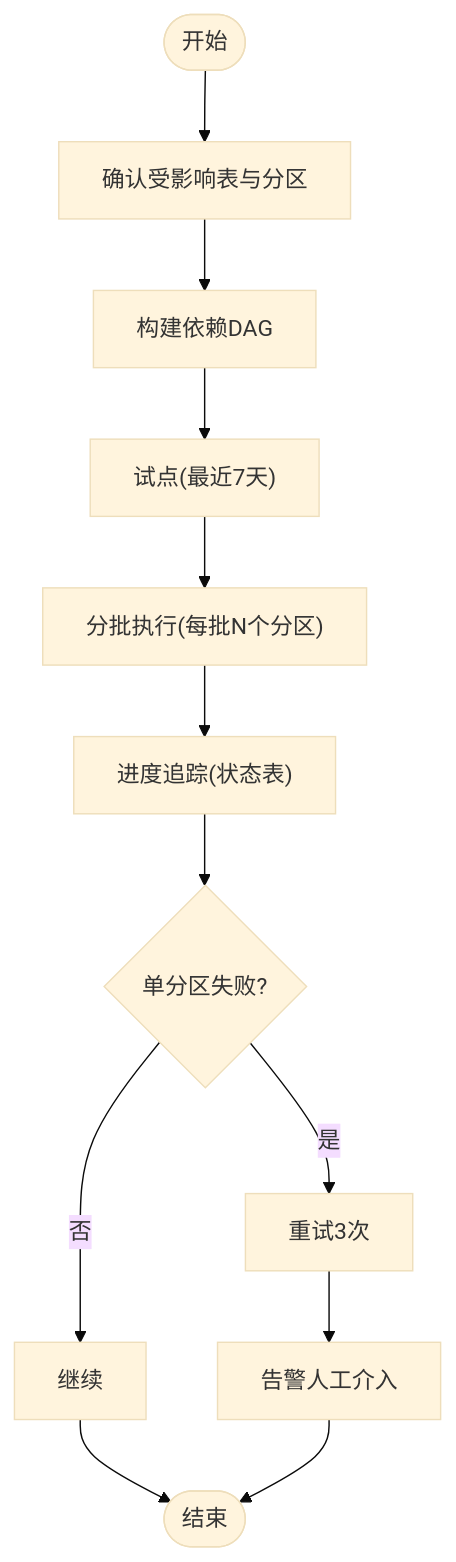
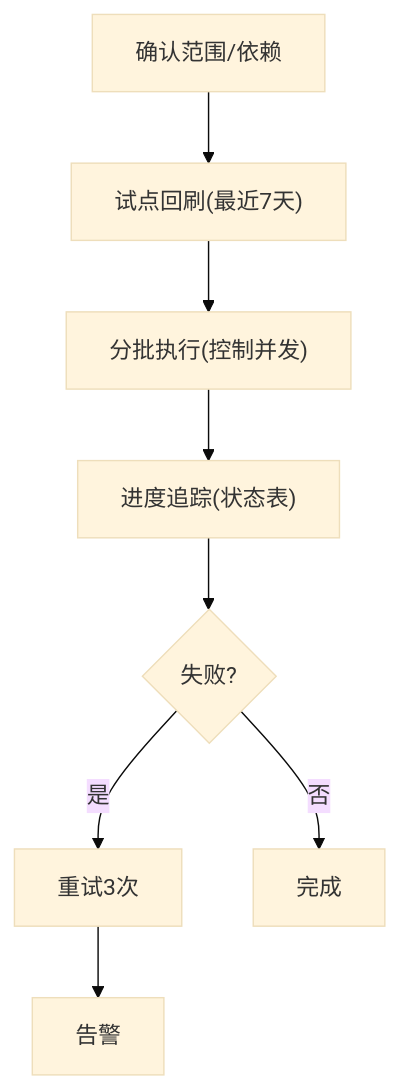
Before and after one commit to 13679659643/Data_Warehouse_Engineering: the seventh of 12 diagrams in .qoder/repowiki/zh/content/知识库系统/ETL模式库.md, drawn with Mermaid (base theme). The commit also changed other lines of this file and 88 other files, not shown here.

````diff
--- a/.qoder/repowiki/zh/content/知识库系统/ETL模式库.md
+++ b/.qoder/repowiki/zh/content/知识库系统/ETL模式库.md
@@ -284,14 +282,10 @@
 ```mermaid
 flowchart TD
-Start(["开始"]) --> ConfirmRange["确认受影响表与分区"]
-ConfirmRange --> ConfirmDep["构建依赖DAG"]
-ConfirmDep --> Pilot["试点(最近7天)"]
-Pilot --> Batch["分批执行(每批N个分区)"]
-Batch --> Progress["进度追踪(状态表)"]
-Progress --> Retry{"单分区失败?"}
+Plan["确认范围/依赖"] --> Pilot["试点回刷(最近7天)"]
+Pilot --> Batch["分批执行(控制并发)"]
+Batch --> Track["进度追踪(状态表)"]
+Track --> Retry{"失败?"}
 Retry --> |是| Retry3["重试3次"]
-Retry --> |否| Continue["继续"]
-Retry3 --> Alert["告警人工介入"]
-Continue --> End(["结束"])
-Alert --> End
+Retry --> |否| Done["完成"]
+Retry3 --> Alert["告警"]
 ```
````
